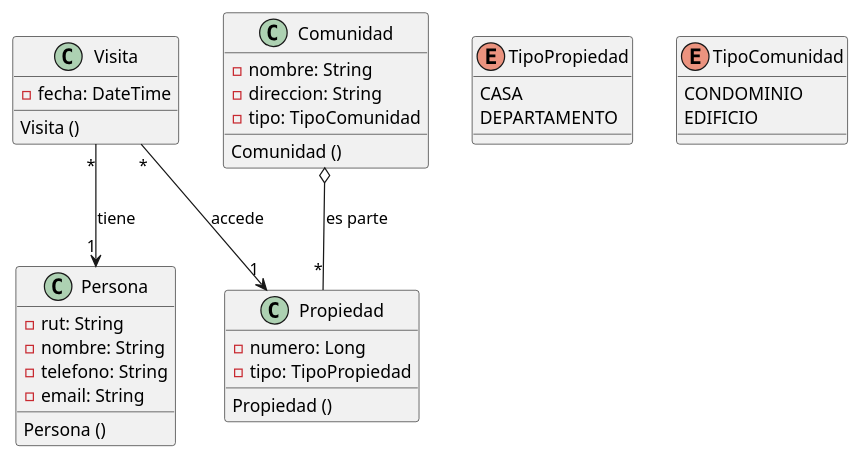
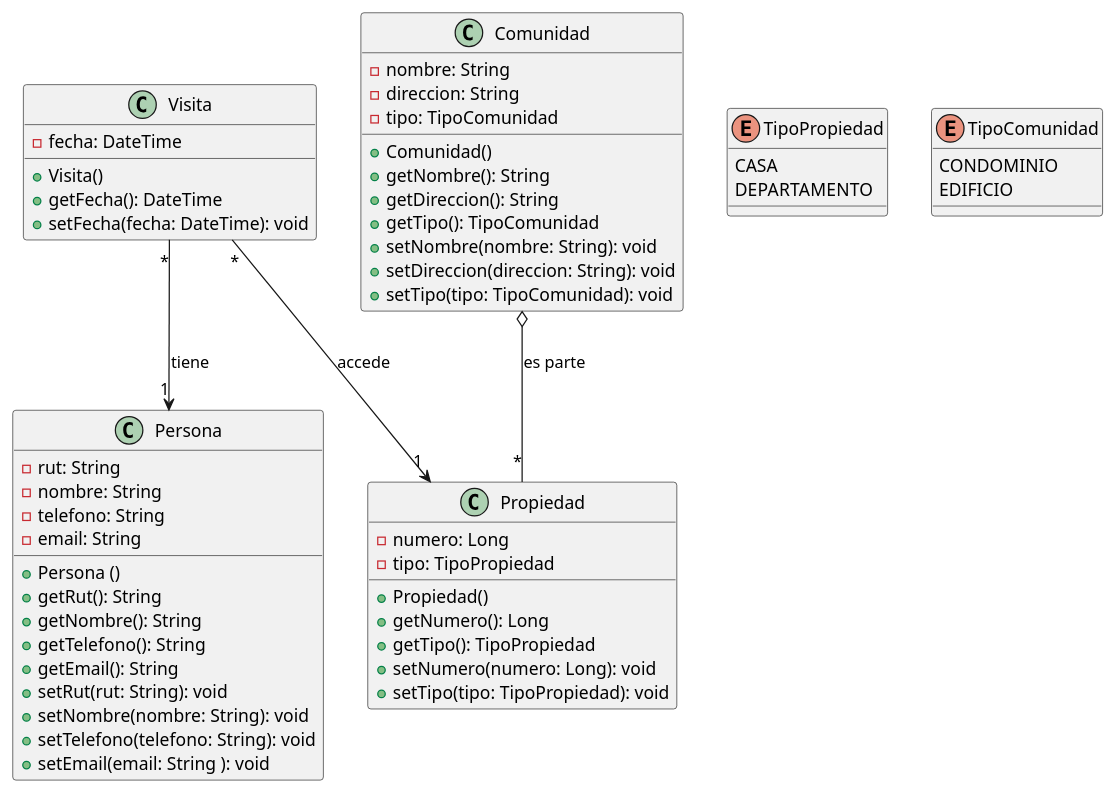
One commit to bomba1/Proyecto-Conserjeria changed the diagram in web/diagrama.clases.md. Above: the diagram before and after it, drawn with PlantUML.

Commit message:
docs(diagrama.clases.md): Diagram Update

```diff
--- a/web/diagrama.clases.md
+++ b/web/diagrama.clases.md
@@ -3,43 +3,63 @@
 @startuml
 
 Visita "*" --> "1" Persona: tiene
 Visita "*"--> "1" Propiedad: accede
 Comunidad o-- "*" Propiedad: es parte
 
 class Persona {
   - rut: String
   - nombre: String 
   - telefono: String 
   - email: String 
-  Persona ()
+  + Persona ()
+  + getRut(): String
+  + getNombre(): String
+  + getTelefono(): String
+  + getEmail(): String 
+  + setRut(rut: String): void
+  + setNombre(nombre: String): void
+  + setTelefono(telefono: String): void
+  + setEmail(email: String ): void
 }
 
 class Propiedad {
    - numero: Long
    - tipo: TipoPropiedad
-   Propiedad ()
+   + Propiedad()
+   + getNumero(): Long
+   + getTipo(): TipoPropiedad
+   + setNumero(numero: Long): void
+   + setTipo(tipo: TipoPropiedad): void
 }
 
 enum TipoPropiedad {
     CASA
     DEPARTAMENTO
 }
 
+class Comunidad {
+    - nombre: String
+    - direccion: String
+    - tipo: TipoComunidad
+    + Comunidad()
+    + getNombre(): String
+    + getDireccion(): String
+    + getTipo(): TipoComunidad
+    + setNombre(nombre: String): void
+    + setDireccion(direccion: String): void
+    + setTipo(tipo: TipoComunidad): void
+}
+
 enum TipoComunidad {
    CONDOMINIO
    EDIFICIO 
 }
 
-class Comunidad {
-    - nombre: String
-    - direccion: String
-    - tipo: TipoComunidad
-    Comunidad ()
-}
-
 class Visita {
     - fecha: DateTime
-    Visita ()
+    + Visita()
+    + getFecha(): DateTime
+    + setFecha(fecha: DateTime): void
 }
 
 @enduml
```
